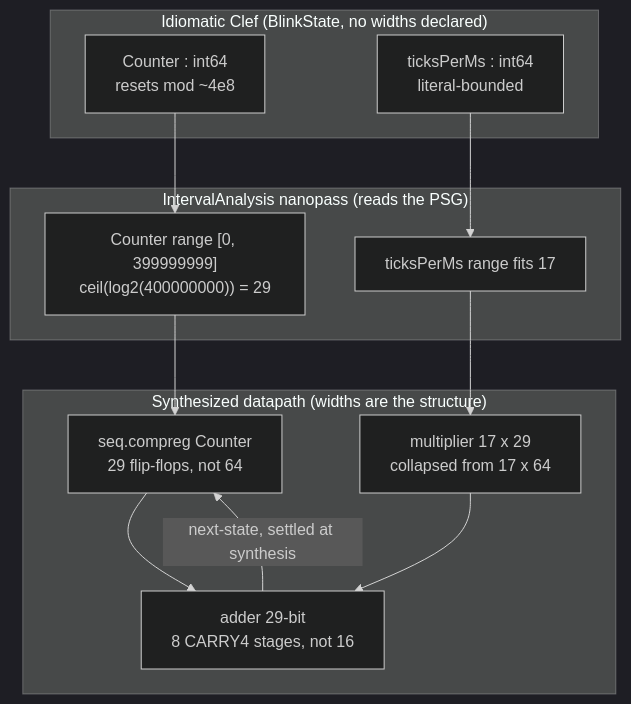
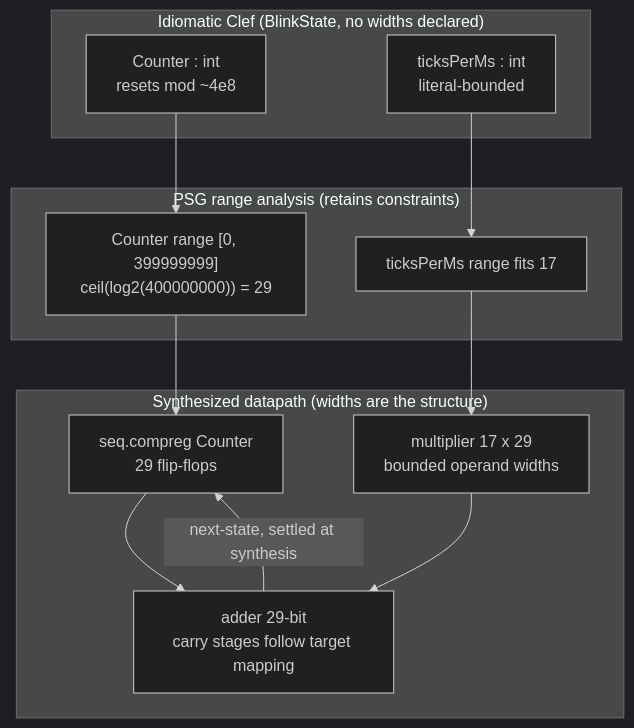
One commit to FidelityFramework/clef-lang-site changed the second of 4 diagrams in hugo/content/blog/deferred-inference.md. Above: the diagram before and after it, drawn with Mermaid (dark theme). The commit also changed other lines of this file and 36 other files, not shown here.

````diff
--- a/hugo/content/blog/deferred-inference.md
+++ b/hugo/content/blog/deferred-inference.md
@@ -202,24 +204,24 @@
 ```mermaid
 flowchart TB
     subgraph SRC["Idiomatic Clef (BlinkState, no widths declared)"]
-        C0["Counter : int64<br>resets mod ~4e8"]
-        T0["ticksPerMs : int64<br>literal-bounded"]
+        C0["Counter : int<br>resets mod ~4e8"]
+        T0["ticksPerMs : int<br>literal-bounded"]
     end
 
-    subgraph IA["IntervalAnalysis nanopass (reads the PSG)"]
+    subgraph IA["PSG range analysis (retains constraints)"]
         CR["Counter range [0, 399999999]<br>ceil(log2(400000000)) = 29"]
         TR["ticksPerMs range fits 17"]
     end
 
     subgraph DP["Synthesized datapath (widths are the structure)"]
-        REG["seq.compreg Counter<br>29 flip-flops, not 64"]
-        MUL["multiplier 17 x 29<br>collapsed from 17 x 64"]
-        ADD["adder 29-bit<br>8 CARRY4 stages, not 16"]
+        REG["seq.compreg Counter<br>29 flip-flops"]
+        MUL["multiplier 17 x 29<br>bounded operand widths"]
+        ADD["adder 29-bit<br>carry stages follow target mapping"]
     end
 
     C0 --> CR --> REG
     T0 --> TR --> MUL
     REG --> ADD
     MUL --> ADD
     ADD -->|"next-state, settled at synthesis"| REG
 ```
````
